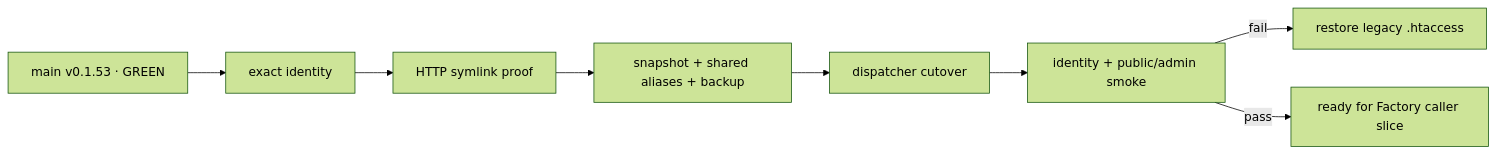
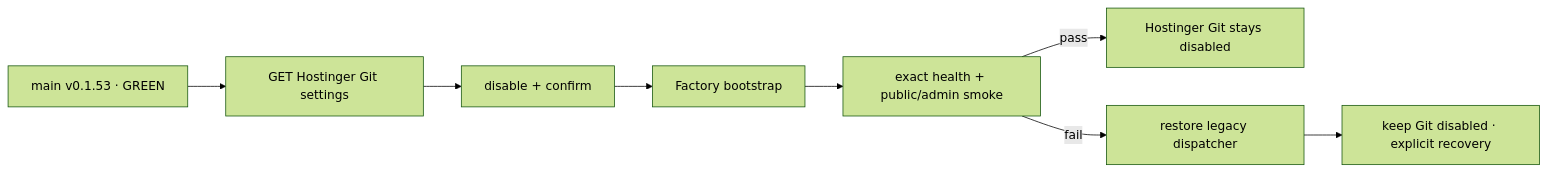
The diagram in README.md (pl0n3r/brvtal), drawn with Mermaid (forest theme) before and after one commit. The commit also changed other lines of this file and 5 other files, not shown here.

First line of the commit message:
feat(factory): controlled Hostinger API cutover (#673)

````diff
--- a/README.md
+++ b/README.md
@@ -57,10 +54,10 @@
 ```mermaid
 flowchart LR
-  B["main v0.1.53 · GREEN"] --> I["exact identity"]
-  I --> S["HTTP symlink proof"]
-  S --> P["snapshot + shared aliases + backup"]
-  P --> C["dispatcher cutover"]
-  C --> V["identity + public/admin smoke"]
-  V -->|fail| R["restore legacy .htaccess"]
-  V -->|pass| M["ready for Factory caller slice"]
+  B["main v0.1.53 · GREEN"] --> G["GET Hostinger Git settings"]
+  G --> D["disable + confirm"]
+  D --> C["Factory bootstrap"]
+  C --> V["exact health + public/admin smoke"]
+  V -->|pass| F["Hostinger Git stays disabled"]
+  V -->|fail| R["restore legacy dispatcher"]
+  R --> A["keep Git disabled · explicit recovery"]
 ```
````
